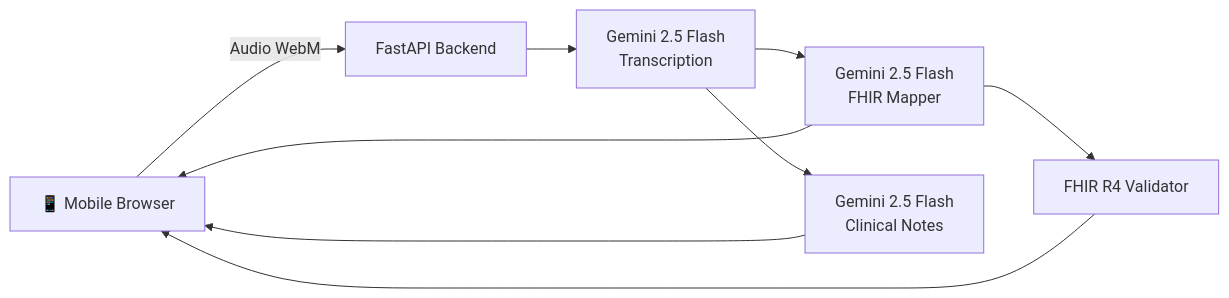
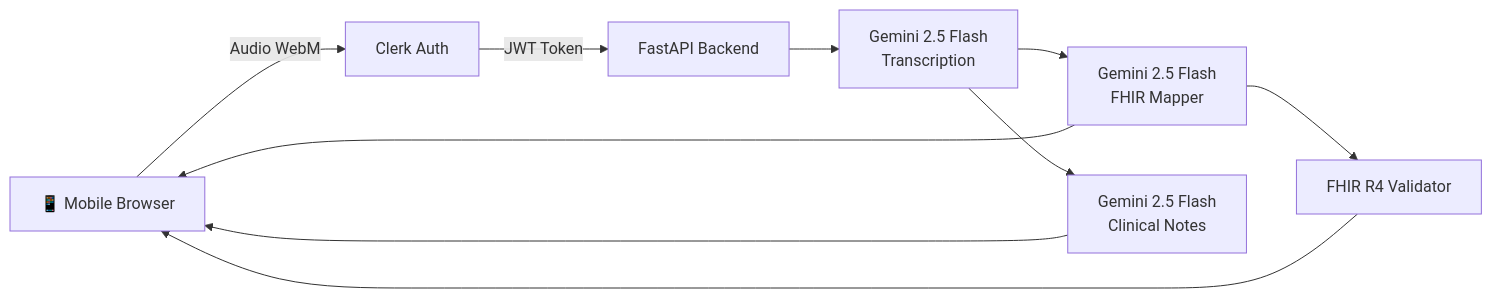
The diagram in README.md (Parth7234/fhir-scribe-app), drawn with Mermaid before and after one commit. The commit also changed other lines of this file and 6 other files, not shown here.

````diff
--- a/README.md
+++ b/README.md
@@ -25,11 +61,12 @@
 ```mermaid
 graph LR
-    A[📱 Mobile Browser] -->|Audio WebM| B[FastAPI Backend]
-    B --> C[Gemini 2.5 Flash<br>Transcription]
-    C --> D[Gemini 2.5 Flash<br>FHIR Mapper]
-    C --> E[Gemini 2.5 Flash<br>Clinical Notes]
-    D --> F[FHIR R4 Validator]
-    D --> A
+    A[📱 Mobile Browser] -->|Audio WebM| B[Clerk Auth]
+    B -->|JWT Token| C[FastAPI Backend]
+    C --> D[Gemini 2.5 Flash<br>Transcription]
+    D --> E[Gemini 2.5 Flash<br>FHIR Mapper]
+    D --> F[Gemini 2.5 Flash<br>Clinical Notes]
+    E --> G[FHIR R4 Validator]
     E --> A
     F --> A
+    G --> A
 ```
````
